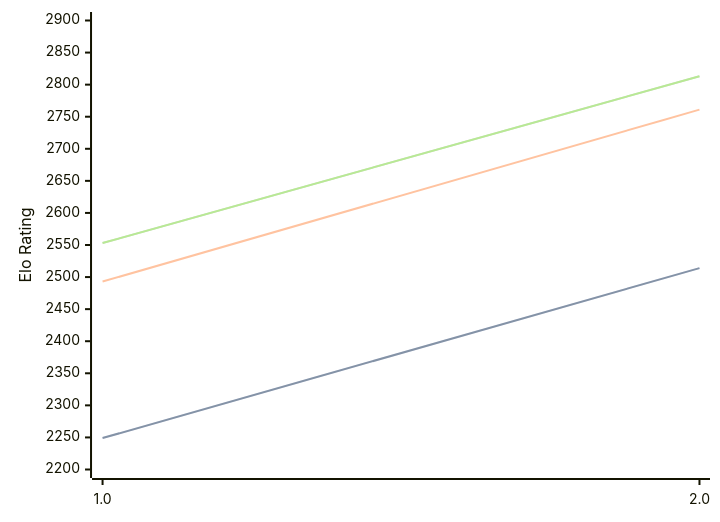
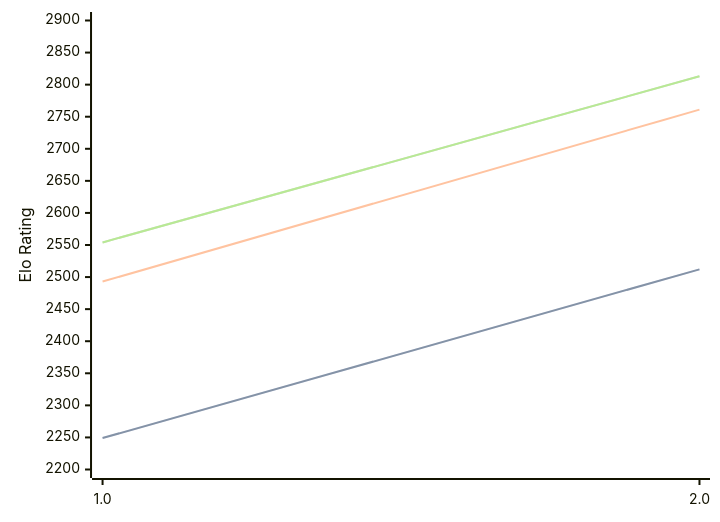
One commit to computer-chess-index/cci changed the diagram in engines/Revolver.md. Above: the diagram before and after it, drawn with Mermaid. The commit also changed other lines of this file, not shown here.

Commit message:
Update CCI Ratings (ELO VLTC) - 2026-08-10

````diff
--- a/engines/Revolver.md
+++ b/engines/Revolver.md
@@ -32,11 +32,11 @@
 ```mermaid
 %%{init: {"theme":"base","themeVariables":{"seriesColors:['#a3a3a3','#222221','#faa371']}}}%%
 xychart-beta
   x-axis ["1.0", "2.0"]
   y-axis "Elo Rating" 2200 --> 2900
-  line "STC (8.0+0.08s)" [2249, 2514]
-  line "STC (8.0+0.08s)" [2249, 2514]
+  line "STC (8.0+0.08s)" [2249, 2512]
+  line "STC (8.0+0.08s)" [2249, 2512]
   line "LTC (60.0+0.60s)" [2493, 2761]
-  line "VLTC (2m24s+1.12s)" [2553, 2813]
-  line "VLTC (2m24s+1.12s)" [2553, 2813]
+  line "VLTC (2m24s+1.12s)" [2554, 2813]
+  line "VLTC (2m24s+1.12s)" [2554, 2813]
 ```
````
